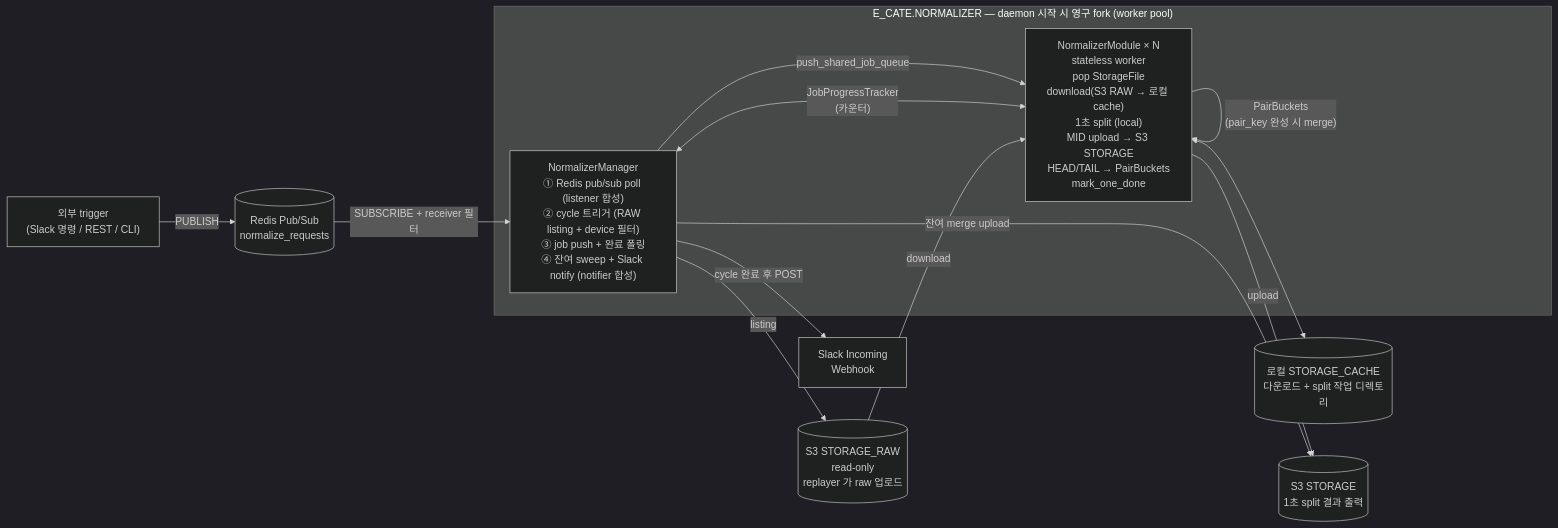
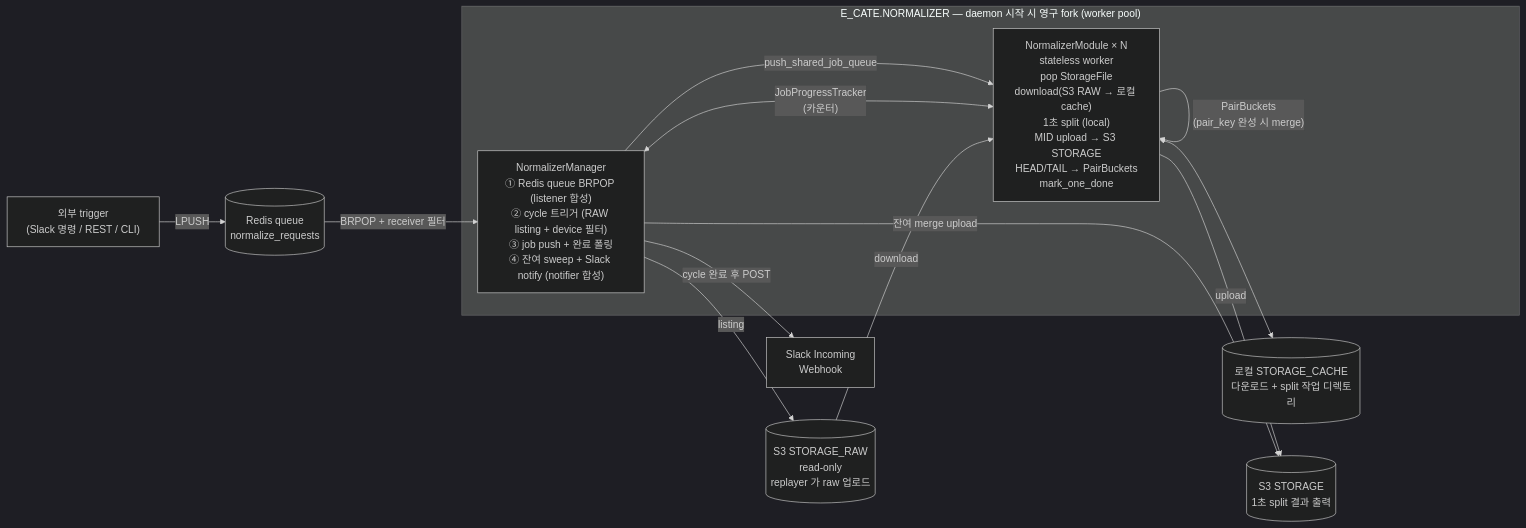
One commit to Sinminbeom/sensor-data-normalization changed the diagram in README.md. Above: the diagram before and after it, drawn with Mermaid (dark theme). The commit also changed other lines of this file and 1 other file, not shown here.

First line of the commit message:
refactor: #22 Redis Pub/Sub → queue (LPUSH/BRPOP) 전환

````diff
--- a/README.md
+++ b/README.md
@@ -83,29 +83,29 @@
 ```mermaid
 flowchart LR
     Trigger["외부 trigger<br/>(Slack 명령 / REST / CLI)"]
-    Redis[(Redis Pub/Sub<br/>normalize_requests)]
+    Redis[(Redis queue<br/>normalize_requests)]
     Slack["Slack Incoming<br/>Webhook"]
 
     S3Raw[(S3 STORAGE_RAW<br/>read-only<br/>replayer 가 raw 업로드)]
     LocalCache[("로컬 STORAGE_CACHE<br/>다운로드 + split 작업 디렉토리")]
     S3Out[(S3 STORAGE<br/>1초 split 결과 출력)]
 
     subgraph App["E_CATE.NORMALIZER — daemon 시작 시 영구 fork (worker pool)"]
-        Manager["NormalizerManager<br/>① Redis pub/sub poll (listener 합성)<br/>② cycle 트리거 (RAW listing + device 필터)<br/>③ job push + 완료 폴링<br/>④ 잔여 sweep + Slack notify (notifier 합성)"]
+        Manager["NormalizerManager<br/>① Redis queue BRPOP (listener 합성)<br/>② cycle 트리거 (RAW listing + device 필터)<br/>③ job push + 완료 폴링<br/>④ 잔여 sweep + Slack notify (notifier 합성)"]
         Modules["NormalizerModule × N<br/>stateless worker<br/>pop StorageFile<br/>download(S3 RAW → 로컬 cache)<br/>1초 split (local)<br/>MID upload → S3 STORAGE<br/>HEAD/TAIL → PairBuckets<br/>mark_one_done"]
 
         Manager -- "push_shared_job_queue" --> Modules
         Modules -- "PairBuckets<br/>(pair_key 완성 시 merge)" --> Modules
         Manager <-- "JobProgressTracker<br/>(카운터)" --> Modules
     end
 
     Manager -- "listing" --> S3Raw
     S3Raw -- "download" --> Modules
     Modules <--> LocalCache
     Modules -- "upload" --> S3Out
     Manager -- "잔여 merge upload" --> S3Out
 
-    Trigger -- "PUBLISH" --> Redis
-    Redis -- "SUBSCRIBE + receiver 필터" --> Manager
+    Trigger -- "LPUSH" --> Redis
+    Redis -- "BRPOP + receiver 필터" --> Manager
     Manager -- "cycle 완료 후 POST" --> Slack
 ```
````
